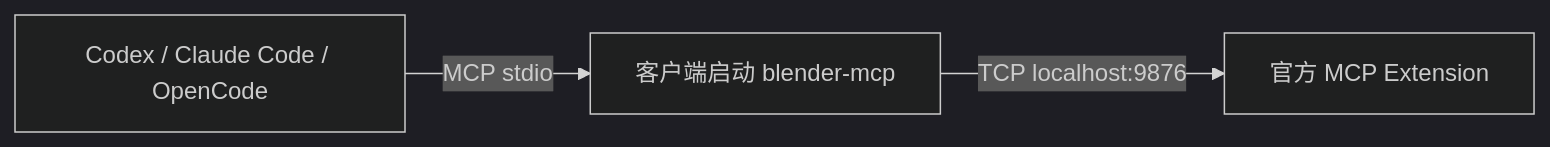
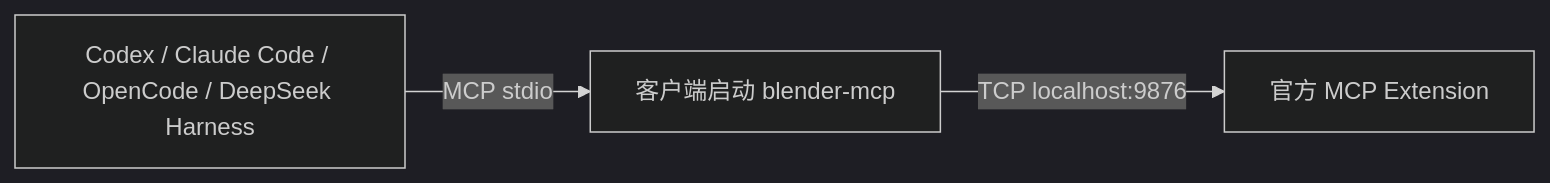
One commit to psiQAQ/blender_mcp-setup-guide changed the diagram in docs/blender_mcp-stdio-setup_zh.md. Above: the diagram before and after it, drawn with Mermaid (dark theme). The commit also changed other lines of this file and 15 other files, not shown here.

Commit message:
docs: document DeepSeek Harness for stdio and refresh runtime diagrams

````diff
--- a/docs/blender_mcp-stdio-setup_zh.md
+++ b/docs/blender_mcp-stdio-setup_zh.md
@@ -9,5 +9,5 @@
 ```mermaid
 flowchart LR
-    Client[Codex / Claude Code / OpenCode] -->|MCP stdio| Service[客户端启动 blender-mcp]
+    Client[Codex / Claude Code / OpenCode / DeepSeek Harness] -->|MCP stdio| Service[客户端启动 blender-mcp]
     Service -->|TCP localhost:9876| Blender[官方 MCP Extension]
 ```
````
